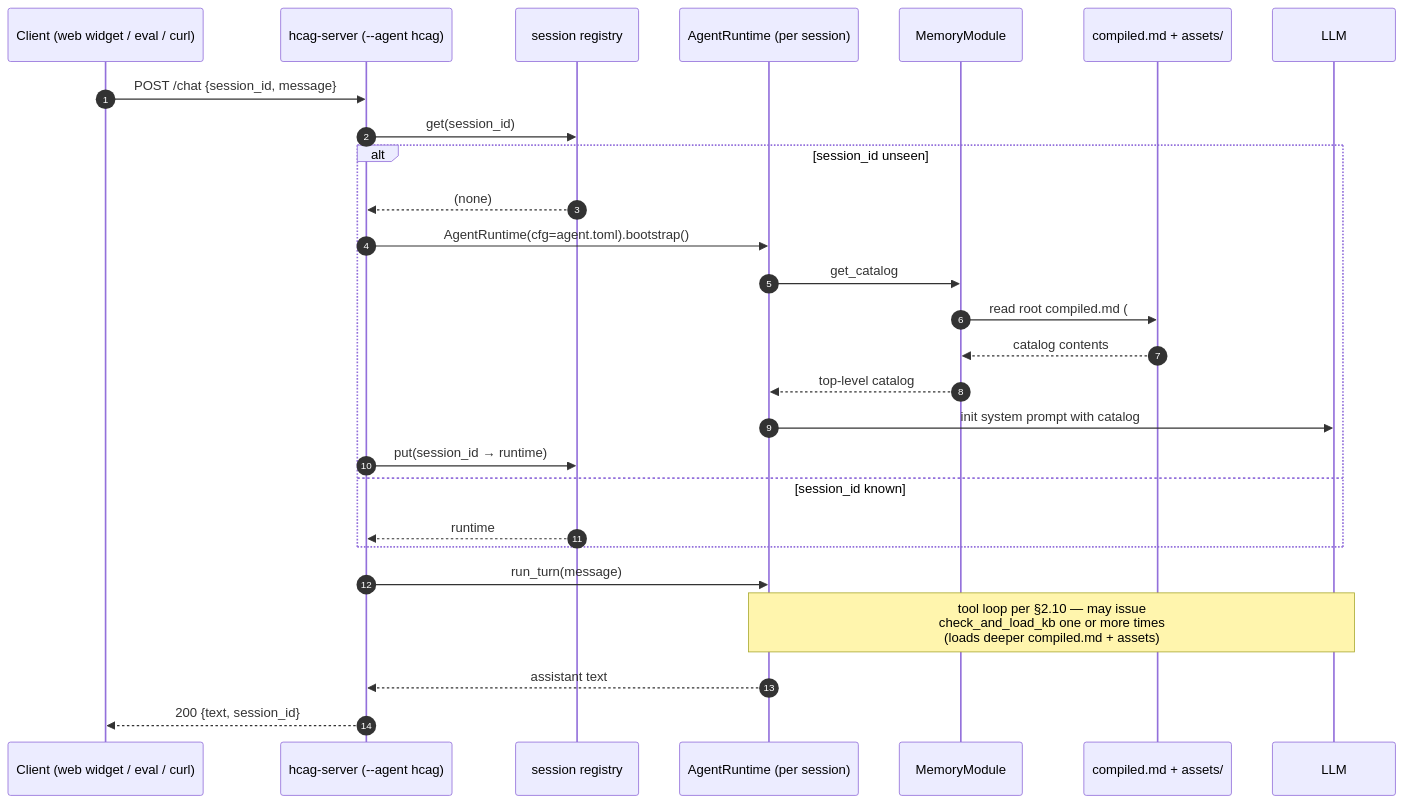
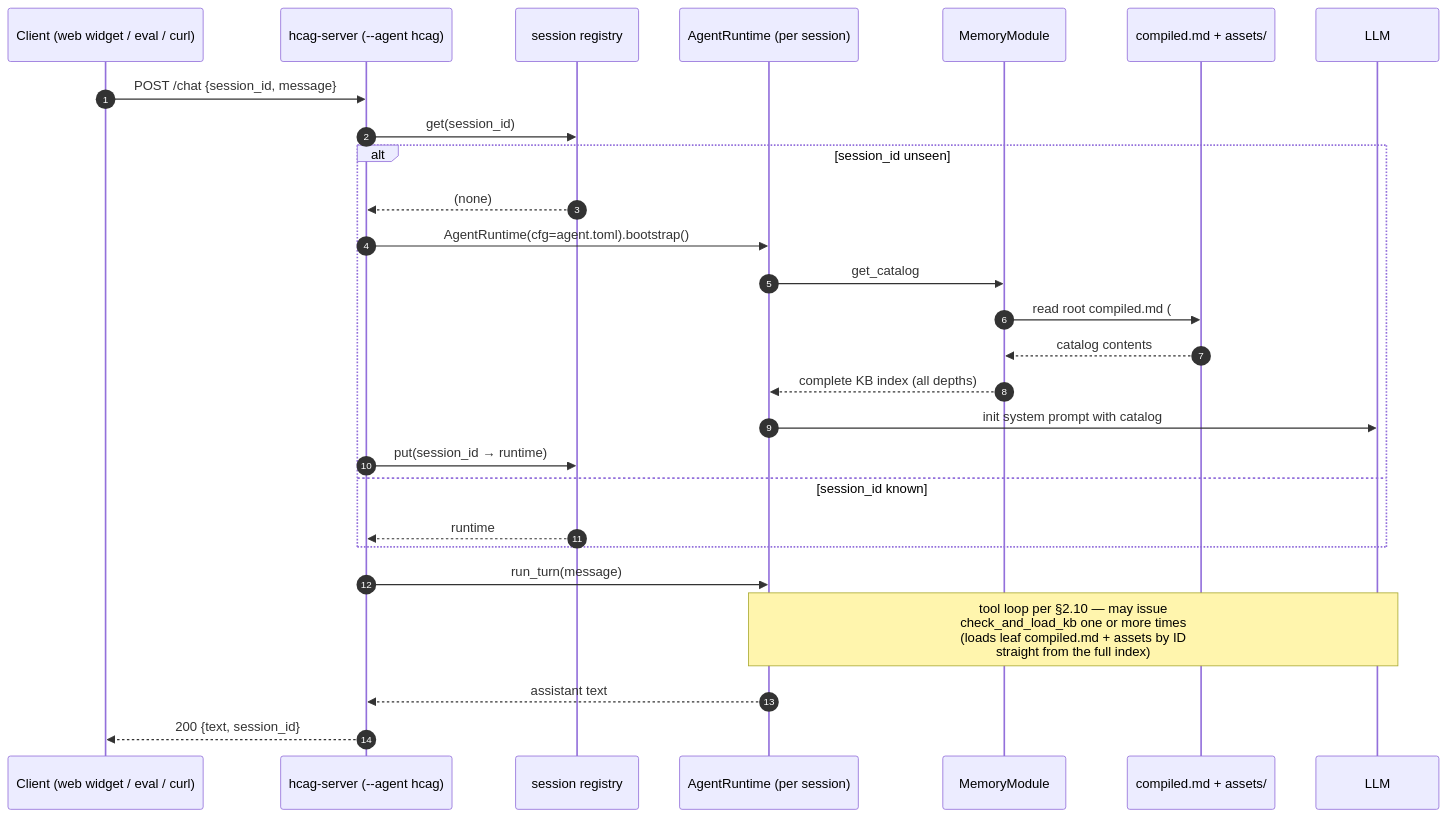
Diagram 16 of 16 in DESIGN.md (shishircc/hcag), drawn with Mermaid before and after one commit. The commit also changed other lines of this file and 32 other files, not shown here.

Commit message:
Large update - Improve the kb preprocessing to bubble up the long description in compiled catalog. improve the chat rendering to render the markdown. Also reduce the tendency of agent to go back to kb in each turn

````diff
--- a/DESIGN.md
+++ b/DESIGN.md
@@ -3318,31 +3633,31 @@
 ```mermaid
 sequenceDiagram
     autonumber
     participant Cl as Client (web widget / eval / curl)
     participant S as hcag-server (--agent hcag)
     participant Reg as session registry
     participant R as AgentRuntime (per session)
     participant M as MemoryModule
     participant KB as compiled.md + assets/
     participant L as LLM
 
     Cl->>S: POST /chat {session_id, message}
     S->>Reg: get(session_id)
     alt session_id unseen
         Reg-->>S: (none)
         S->>R: AgentRuntime(cfg=agent.toml).bootstrap()
         R->>M: get_catalog
         M->>KB: read root compiled.md (## Sub-topics section)
         KB-->>M: catalog contents
-        M-->>R: top-level catalog
+        M-->>R: complete KB index (all depths)
         R->>L: init system prompt with catalog
         S->>Reg: put(session_id → runtime)
     else session_id known
         Reg-->>S: runtime
     end
 
     S->>R: run_turn(message)
-    Note over R,L: tool loop per §2.10 — may issue<br/>check_and_load_kb one or more times<br/>(loads deeper compiled.md + assets)
+    Note over R,L: tool loop per §2.10 — may issue<br/>check_and_load_kb one or more times<br/>(loads leaf compiled.md + assets by ID<br/>straight from the full index)
     R-->>S: assistant text
     S-->>Cl: 200 {text, session_id}
 ```
````
